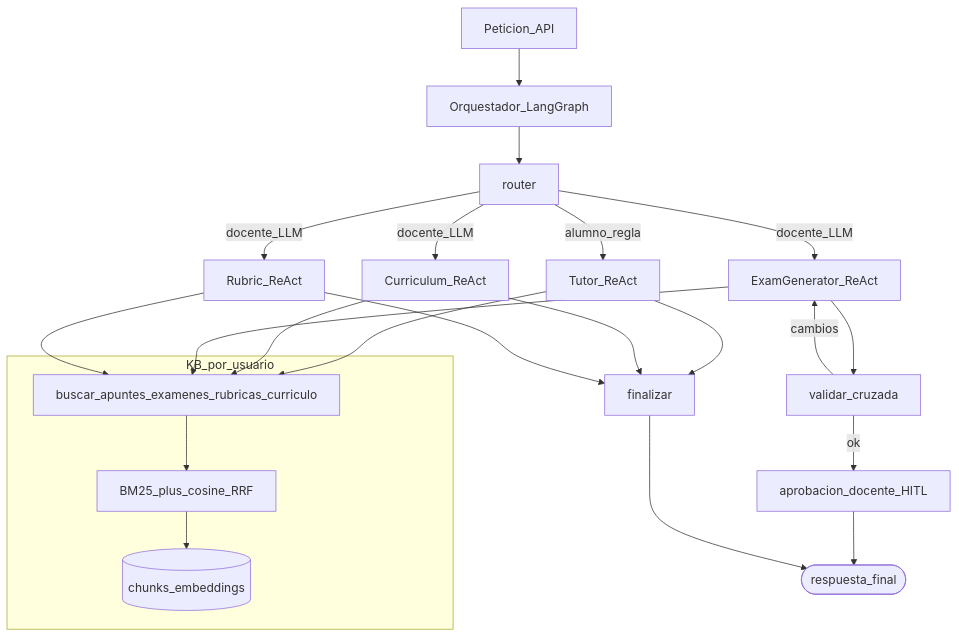
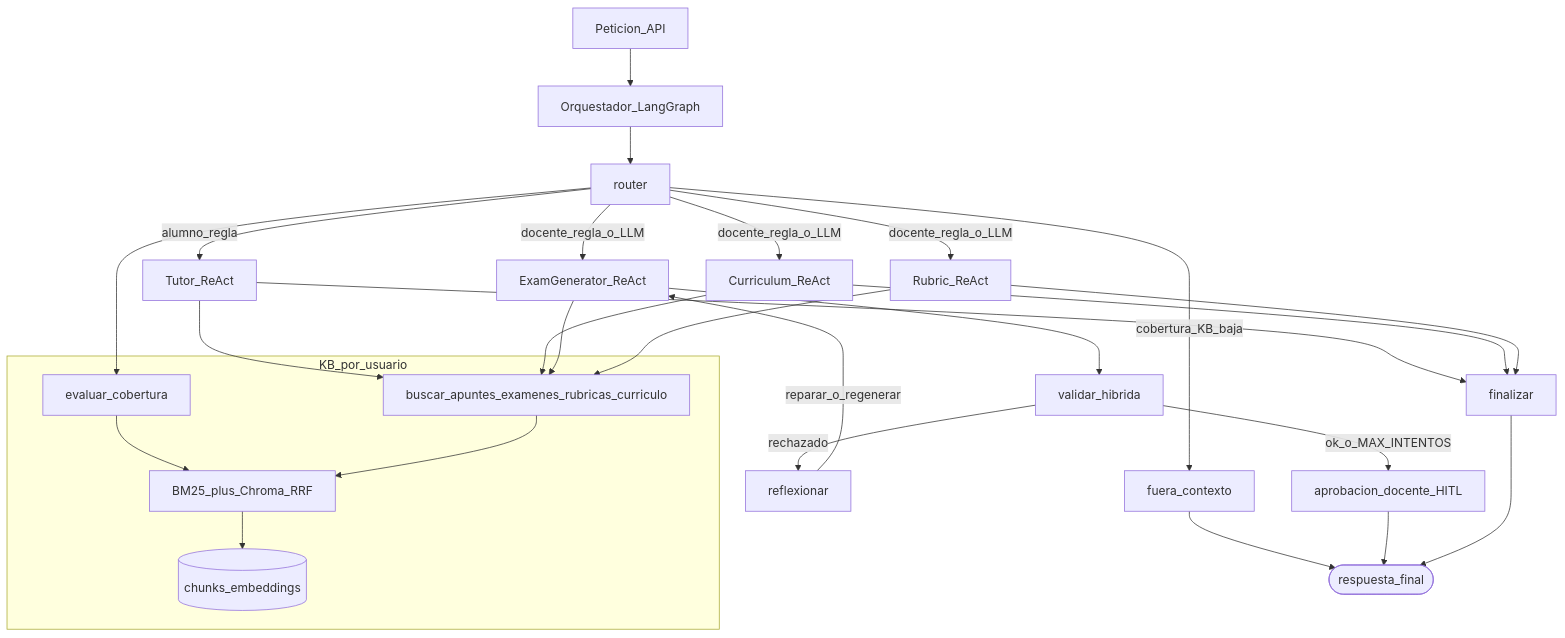
The first of 2 diagrams in docs/revision-implementacion-agentes.md (DavidLeonP/Orquestacion-Agentes), drawn with Mermaid before and after one commit. The commit also changed other lines of this file and 59 other files, not shown here.

````diff
--- a/docs/revision-implementacion-agentes.md
+++ b/docs/revision-implementacion-agentes.md
@@ -25,27 +24,33 @@
 ```mermaid
 flowchart TB
   REQ[Peticion_API] --> ORQ[Orquestador_LangGraph]
   ORQ --> R[router]
+  R -->|cobertura_KB_baja| FC[fuera_contexto]
   R -->|alumno_regla| T[Tutor_ReAct]
-  R -->|docente_LLM| C[Curriculum_ReAct]
-  R -->|docente_LLM| E[ExamGenerator_ReAct]
-  R -->|docente_LLM| Ru[Rubric_ReAct]
-  E --> V[validar_cruzada]
-  V -->|cambios| E
-  V -->|ok| H[aprobacion_docente_HITL]
+  R -->|docente_regla_o_LLM| C[Curriculum_ReAct]
+  R -->|docente_regla_o_LLM| E[ExamGenerator_ReAct]
+  R -->|docente_regla_o_LLM| Ru[Rubric_ReAct]
+  E --> V[validar_hibrida]
+  V -->|rechazado| RF[reflexionar]
+  RF -->|reparar_o_regenerar| E
+  V -->|ok_o_MAX_INTENTOS| H[aprobacion_docente_HITL]
   T --> F[finalizar]
   C --> F
   Ru --> F
-  H --> END([respuesta_final])
+  FC --> END([respuesta_final])
+  H --> END
   F --> END
   subgraph RAG[KB_por_usuario]
+    Cov[evaluar_cobertura]
     Tools[buscar_apuntes_examenes_rubricas_curriculo]
-    Hyb[BM25_plus_cosine_RRF]
+    Hyb[BM25_plus_Chroma_RRF]
     MySQL[(chunks_embeddings)]
   end
+  R --> Cov
+  Cov --> Hyb
   T --> Tools
   C --> Tools
   E --> Tools
   Ru --> Tools
   Tools --> Hyb --> MySQL
 ```
````
